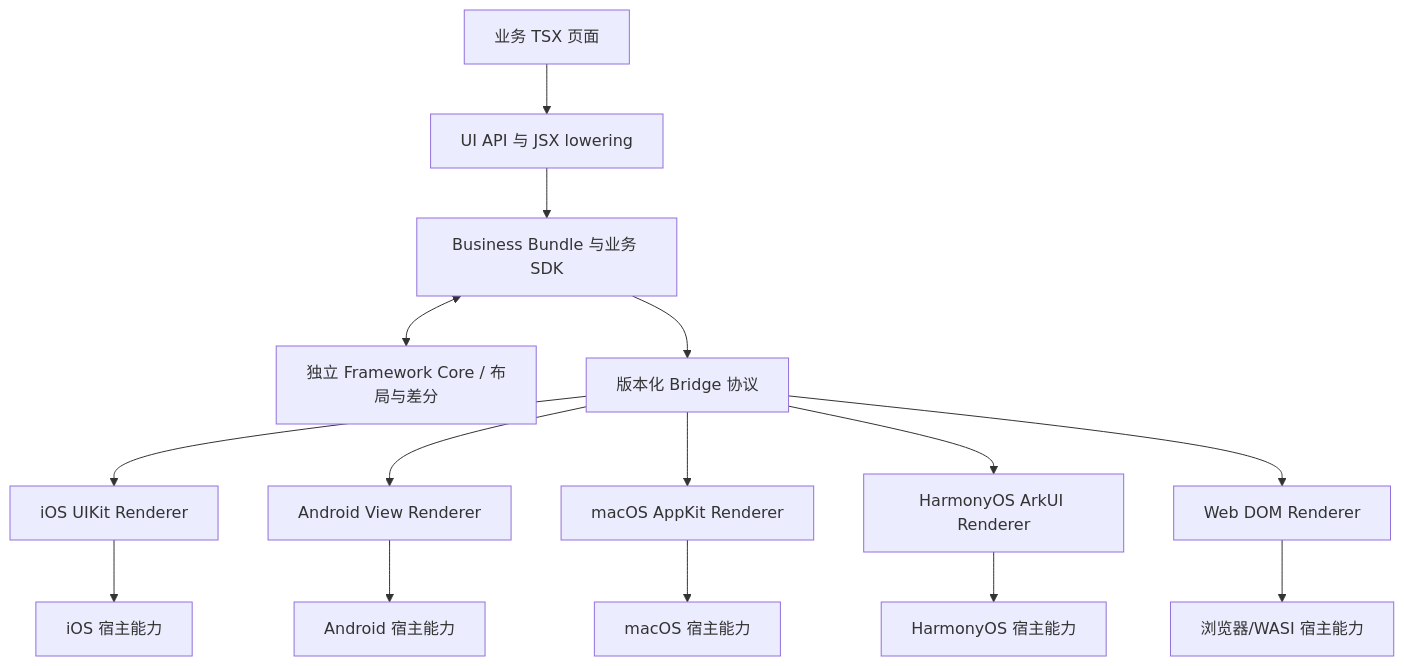
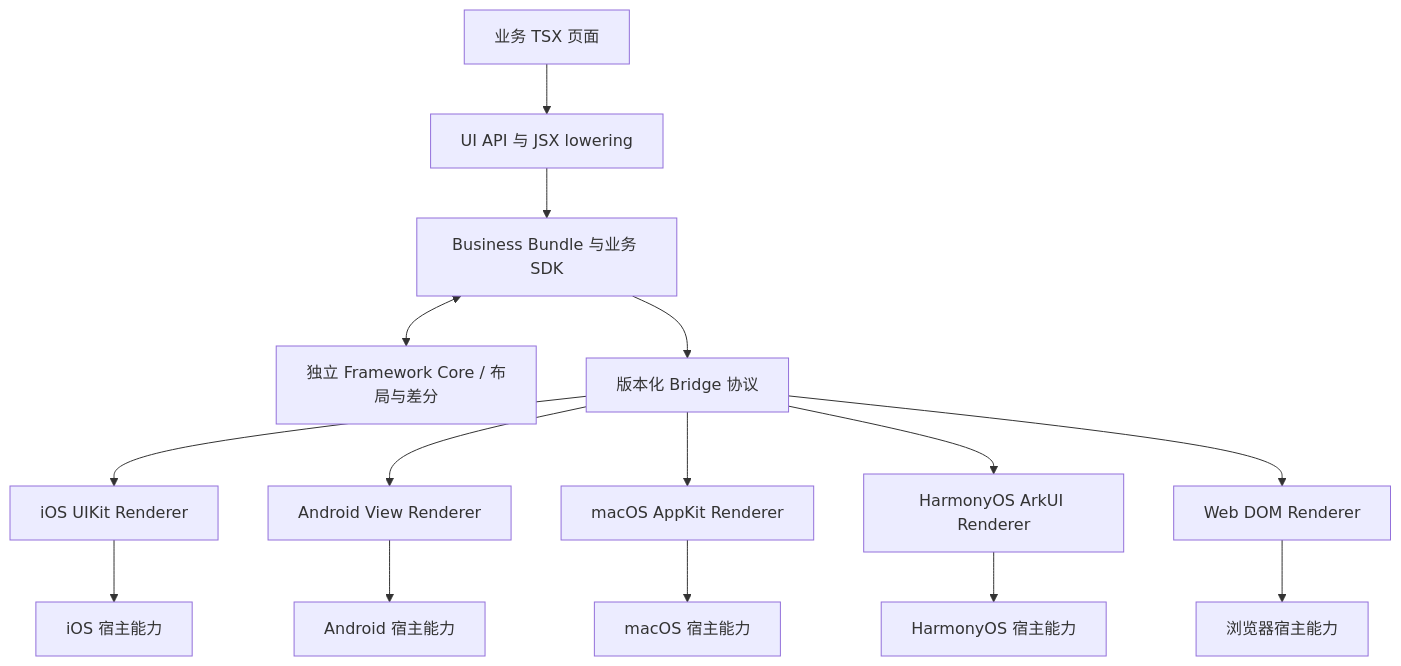
Before and after one commit to ailuoku6/AnseronUI: the diagram in docs/architecture/overview.md, drawn with Mermaid. The commit also changed other lines of this file and 25 other files, not shown here.

````diff
--- a/docs/architecture/overview.md
+++ b/docs/architecture/overview.md
@@ -37,17 +37,17 @@
 ```mermaid
 flowchart TD
   A[业务 TSX 页面] --> B[UI API 与 JSX lowering]
   B --> C[Business Bundle 与业务 SDK]
   C <--> D[独立 Framework Core / 布局与差分]
   C --> E[版本化 Bridge 协议]
   E --> F[iOS UIKit Renderer]
   E --> G[Android View Renderer]
   E --> H[macOS AppKit Renderer]
   E --> I[HarmonyOS ArkUI Renderer]
   E --> J[Web DOM Renderer]
   F --> K[iOS 宿主能力]
   G --> L[Android 宿主能力]
   H --> M[macOS 宿主能力]
   I --> N[HarmonyOS 宿主能力]
-  J --> O[浏览器/WASI 宿主能力]
+  J --> O[浏览器宿主能力]
 ```
````
